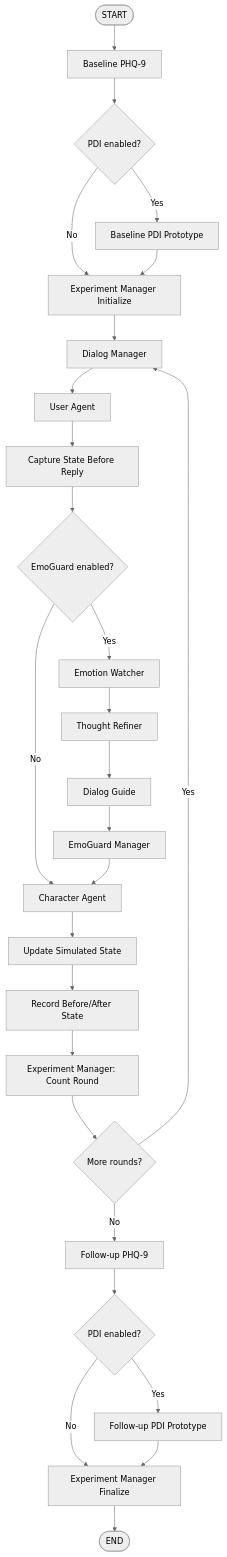
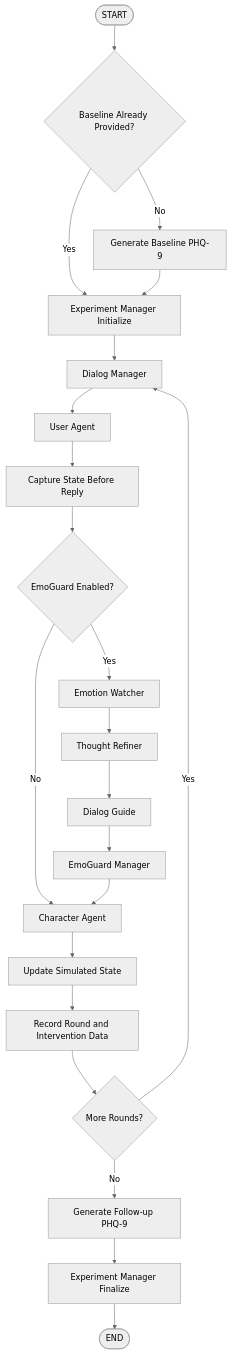
Before and after one commit to ltd-ARYAN-pvt/EmoAgent-Lite: the second of 3 diagrams in README.md, drawn with Mermaid (neutral theme). The commit also changed other lines of this file and 1 other file, not shown here.

````diff
--- a/README.md
+++ b/README.md
@@ -183,33 +253,35 @@
 ```mermaid
 flowchart TD
-    S([START]) --> BA[Baseline PHQ-9]
-    BA --> BP{PDI enabled?}
-    BP -- Yes --> PDI1[Baseline PDI Prototype]
-    BP -- No --> MI[Experiment Manager Initialize]
-    PDI1 --> MI
+    START([START])
 
-    MI --> DM[Dialog Manager]
-    DM --> U[User Agent]
-    U --> SNAP[Capture State Before Reply]
-    SNAP --> EG{EmoGuard enabled?}
+    START --> BASELINE{Baseline Already Provided?}
 
-    EG -- No --> C[Character Agent]
-    EG -- Yes --> EW[Emotion Watcher]
+    BASELINE -->|No| PHQ[Generate Baseline PHQ-9]
+    BASELINE -->|Yes| INIT[Experiment Manager Initialize]
+
+    PHQ --> INIT
+
+    INIT --> DM[Dialog Manager]
+    DM --> USER[User Agent]
+
+    USER --> SNAP[Capture State Before Reply]
+    SNAP --> GUARD{EmoGuard Enabled?}
+
+    GUARD -->|No| CHAR[Character Agent]
+
+    GUARD -->|Yes| EW[Emotion Watcher]
     EW --> TR[Thought Refiner]
     TR --> DG[Dialog Guide]
     DG --> EM[EmoGuard Manager]
-    EM --> C
+    EM --> CHAR
 
-    C --> US[Update Simulated State]
-    US --> LOG[Record Before/After State]
-    LOG --> MT[Experiment Manager: Count Round]
-    MT --> MORE{More rounds?}
+    CHAR --> UPDATE[Update Simulated State]
+    UPDATE --> LOG[Record Round and Intervention Data]
+    LOG --> MORE{More Rounds?}
 
-    MORE -- Yes --> DM
-    MORE -- No --> FA[Follow-up PHQ-9]
-    FA --> FP{PDI enabled?}
-    FP -- Yes --> PDI2[Follow-up PDI Prototype]
-    FP -- No --> MF[Experiment Manager Finalize]
-    PDI2 --> MF
-    MF --> E([END])
+    MORE -->|Yes| DM
+    MORE -->|No| FOLLOWUP[Generate Follow-up PHQ-9]
+
+    FOLLOWUP --> FINAL[Experiment Manager Finalize]
+    FINAL --> END([END])
 ```
````
